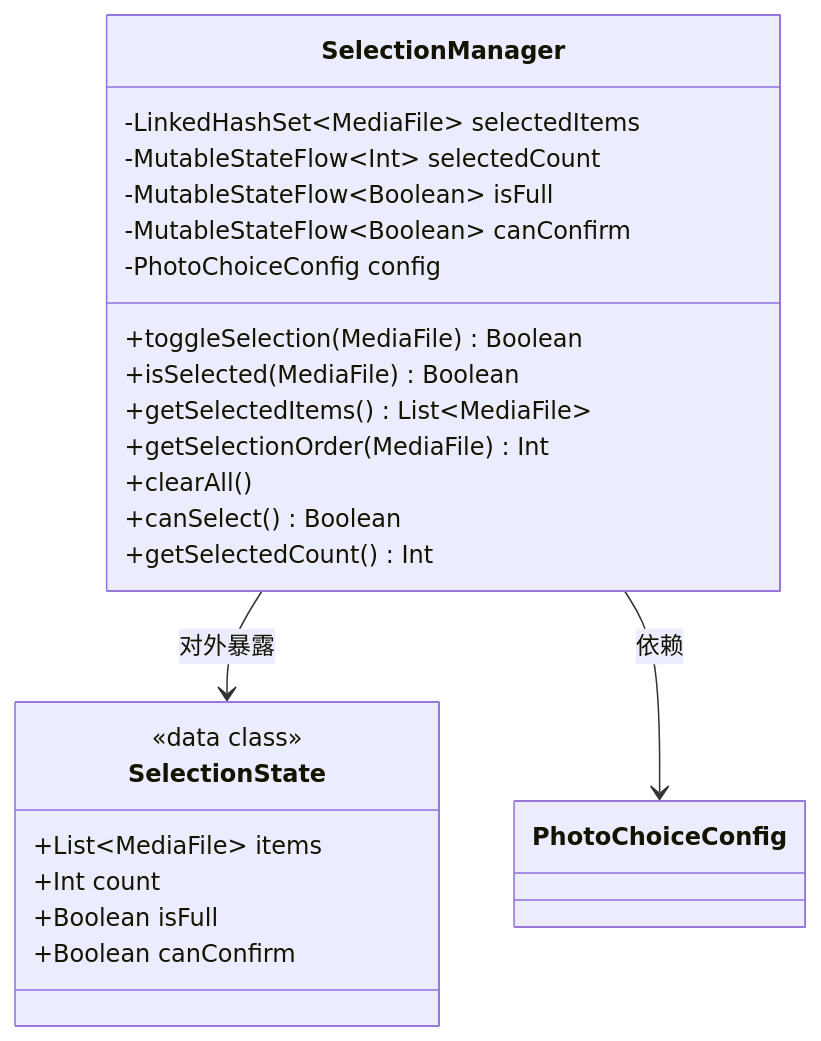
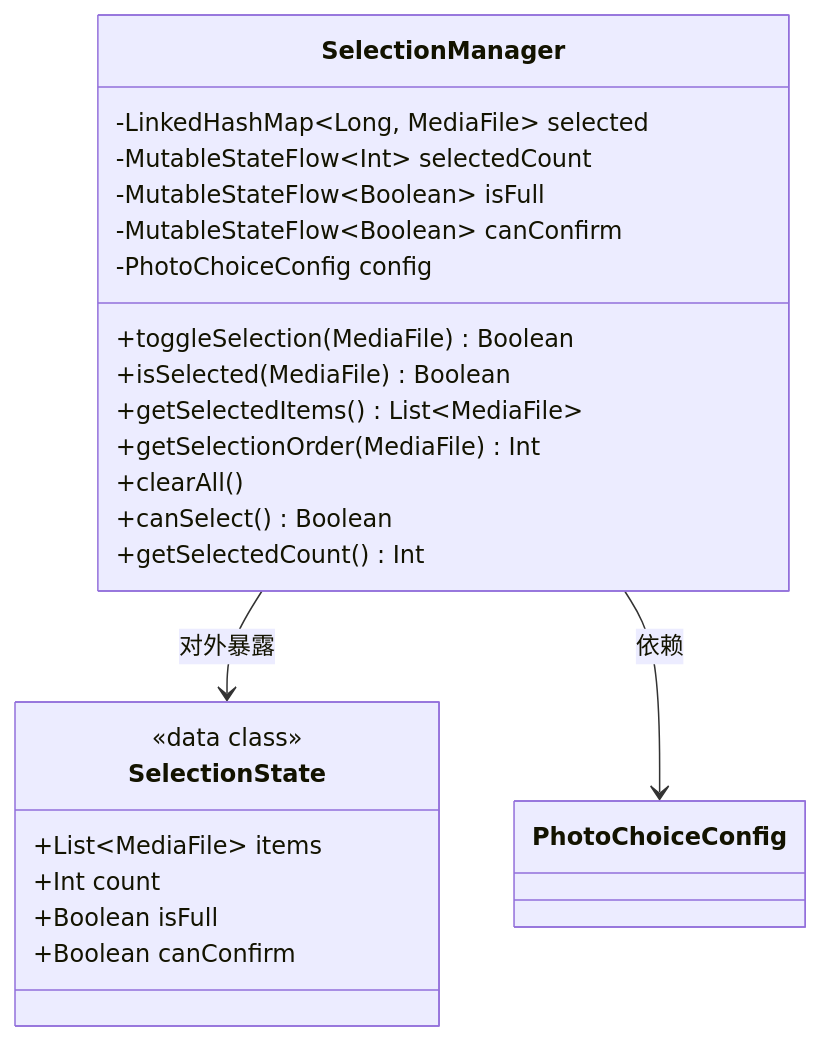
One commit to Hu12037102/photo_choice changed diagram 11 of 15 in PRD.md. Above: the diagram before and after it, drawn with Mermaid. The commit also changed other lines of this file and 3 other files, not shown here.

````diff
--- a/PRD.md
+++ b/PRD.md
@@ -380,28 +391,28 @@
 ```mermaid
 classDiagram
     class SelectionManager {
-        -LinkedHashSet~MediaFile~ selectedItems
+        -LinkedHashMap~Long, MediaFile~ selected
         -MutableStateFlow~Int~ selectedCount
         -MutableStateFlow~Boolean~ isFull
         -MutableStateFlow~Boolean~ canConfirm
         -PhotoChoiceConfig config
         +toggleSelection(MediaFile) Boolean
         +isSelected(MediaFile) Boolean
         +getSelectedItems() List~MediaFile~
         +getSelectionOrder(MediaFile) Int
         +clearAll()
         +canSelect() Boolean
         +getSelectedCount() Int
     }
 
     class SelectionState {
         <<data class>>
         +List~MediaFile~ items
         +Int count
         +Boolean isFull
         +Boolean canConfirm
     }
 
     SelectionManager --> SelectionState : 对外暴露
     SelectionManager --> PhotoChoiceConfig : 依赖
 ```
````
